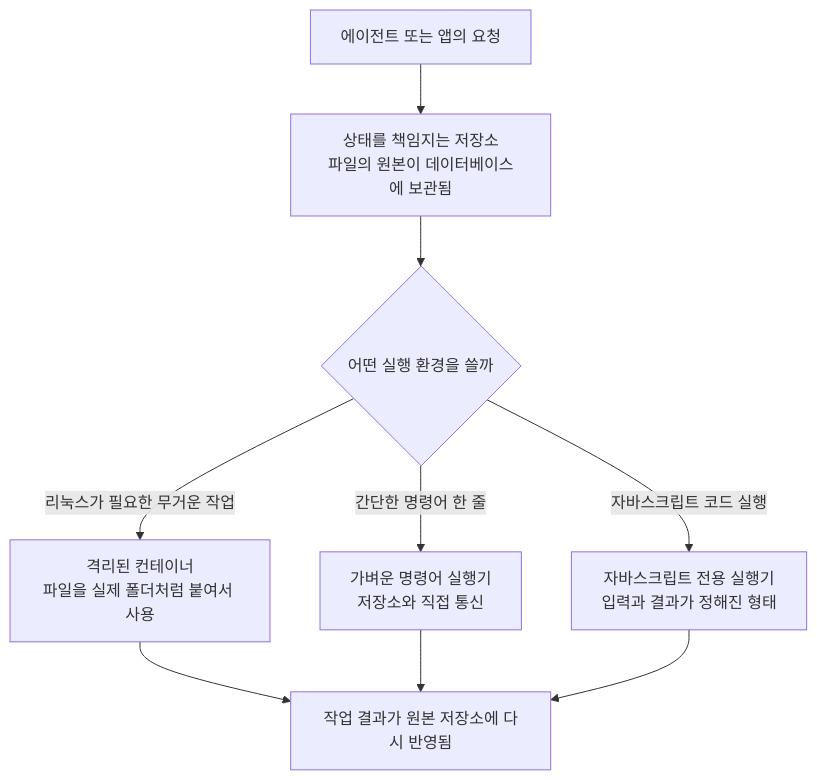
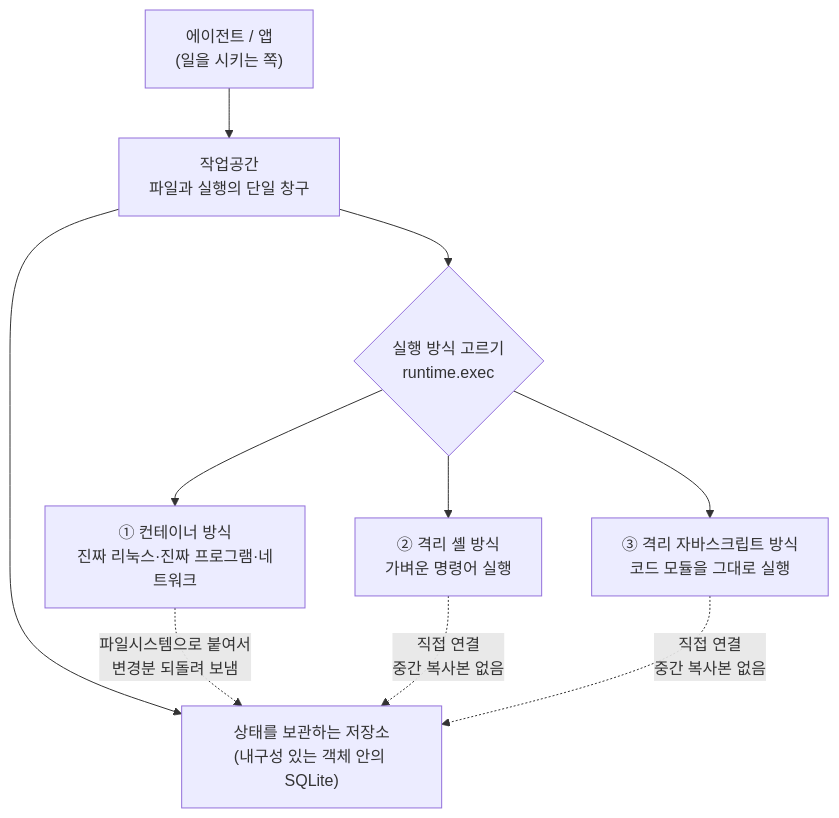
The diagram in content/knowledge/20260806.md (altjs4510/ai_news_blog), drawn with Mermaid before and after one commit. The commit also changed other lines of this file and 2 other files, not shown here.

````diff
--- a/content/knowledge/20260806.md
+++ b/content/knowledge/20260806.md
@@ -45,11 +45,12 @@
 ```mermaid
 flowchart TD
-    A[에이전트 또는 앱의 요청] --> B[상태를 책임지는 저장소<br/>파일의 원본이 데이터베이스에 보관됨]
-    B --> C{어떤 실행 환경을 쓸까}
-    C -->|리눅스가 필요한 무거운 작업| D[격리된 컨테이너<br/>파일을 실제 폴더처럼 붙여서 사용]
-    C -->|간단한 명령어 한 줄| E[가벼운 명령어 실행기<br/>저장소와 직접 통신]
-    C -->|자바스크립트 코드 실행| F[자바스크립트 전용 실행기<br/>입력과 결과가 정해진 형태]
-    D --> G[작업 결과가 원본 저장소에 다시 반영됨]
-    E --> G
-    F --> G
+    A["에이전트 / 앱<br/>(일을 시키는 쪽)"] --> B["작업공간<br/>파일과 실행의 단일 창구"]
+    B --> C["상태를 보관하는 저장소<br/>(내구성 있는 객체 안의 SQLite)"]
+    B --> D{"실행 방식 고르기<br/>runtime.exec"}
+    D --> E["① 컨테이너 방식<br/>진짜 리눅스·진짜 프로그램·네트워크"]
+    D --> F["② 격리 셸 방식<br/>가벼운 명령어 실행"]
+    D --> G["③ 격리 자바스크립트 방식<br/>코드 모듈을 그대로 실행"]
+    E -.->|"파일시스템으로 붙여서<br/>변경분 되돌려 보냄"| C
+    F -.->|"직접 연결<br/>중간 복사본 없음"| C
+    G -.->|"직접 연결<br/>중간 복사본 없음"| C
 ```
````
